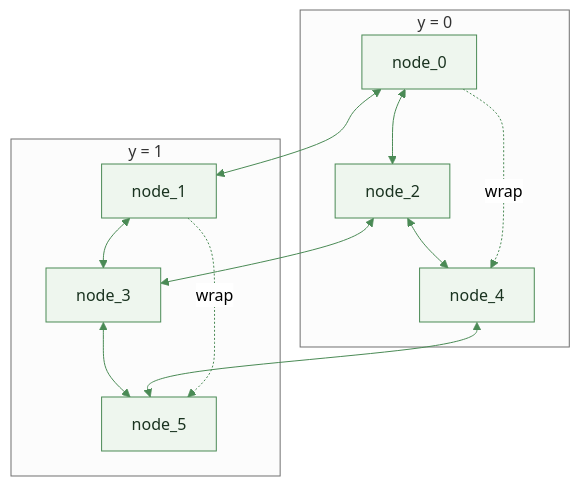
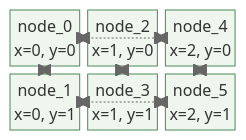
Before and after one commit to jdavidberger/SpinalHDLExtras: the fourth of 15 diagrams in hw/spinal/spinalextras/lib/noc/ARCHITECTURE.md, drawn with Mermaid (neutral theme). The commit also changed other lines of this file, not shown here.

First line of the commit message:
docs(noc): fix mesh/torus grid layout and sequence diagram render error

````diff
--- a/hw/spinal/spinalextras/lib/noc/ARCHITECTURE.md
+++ b/hw/spinal/spinalextras/lib/noc/ARCHITECTURE.md
@@ -143,24 +144,24 @@
 ```mermaid
-flowchart TB
-  classDef node fill:#eef6ee,stroke:#4a8a55,color:#1a3320
-  linkStyle default stroke:#4a8a55
-  subgraph "y = 0"
-    N0["node_0"]:::node
-    N2["node_2"]:::node
-    N4["node_4"]:::node
-  end
-  subgraph "y = 1"
-    N1["node_1"]:::node
-    N3["node_3"]:::node
-    N5["node_5"]:::node
-  end
-  N0 <--> N2
-  N2 <--> N4
-  N1 <--> N3
-  N3 <--> N5
-  N0 <--> N1
-  N2 <--> N3
-  N4 <--> N5
-  N0 -.wrap.-> N4
-  N1 -.wrap.-> N5
+block-beta
+columns 3
+N0["node_0<br/>x=0, y=0"] N2["node_2<br/>x=1, y=0"] N4["node_4<br/>x=2, y=0"]
+N1["node_1<br/>x=0, y=1"] N3["node_3<br/>x=1, y=1"] N5["node_5<br/>x=2, y=1"]
+
+N0 <--> N2
+N2 <--> N4
+N1 <--> N3
+N3 <--> N5
+N0 <--> N1
+N2 <--> N3
+N4 <--> N5
+N0 <-.-> N4
+N1 <-.-> N5
+
+classDef node fill:#eef6ee,stroke:#4a8a55,color:#1a3320
+class N0 node
+class N1 node
+class N2 node
+class N3 node
+class N4 node
+class N5 node
 ```
````
